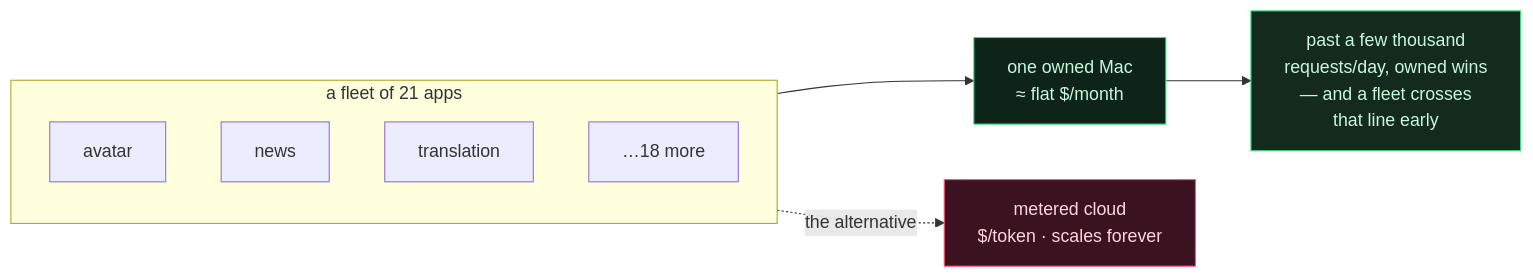
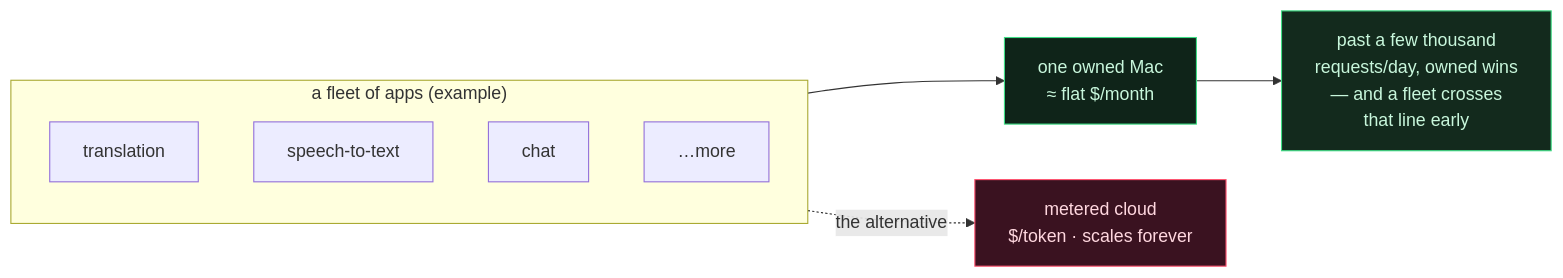
The fifth of 5 diagrams in README.ja.md (nskit-io/fleet-inference-gateway), drawn with Mermaid before and after one commit. The commit also changed other lines of this file and 4 other files, not shown here.

````diff
--- a/README.ja.md
+++ b/README.ja.md
@@ -151,12 +151,12 @@
 ```mermaid
 flowchart LR
-  subgraph fleet["a fleet of 21 apps"]
-    A1["avatar"]; A2["news"]; A3["translation"]; A4["…18 more"]
+  subgraph fleet["a fleet of apps (example)"]
+    A1["translation"]; A2["speech-to-text"]; A3["chat"]; A4["…more"]
   end
   fleet --> OWN["one owned Mac<br/>≈ flat $/month"]
   fleet -. "the alternative" .-> CLD["metered cloud<br/>$/token · scales forever"]
   OWN --> WIN["past a few thousand<br/>requests/day, owned wins<br/>— and a fleet crosses<br/>that line early"]
   style OWN fill:#0f2419,stroke:#3ddc84,color:#c8f7dc
   style CLD fill:#3a1220,stroke:#ff5470,color:#ffd7df
   style WIN fill:#132a1d,stroke:#3ddc84,color:#c8f7dc
 ```
````
